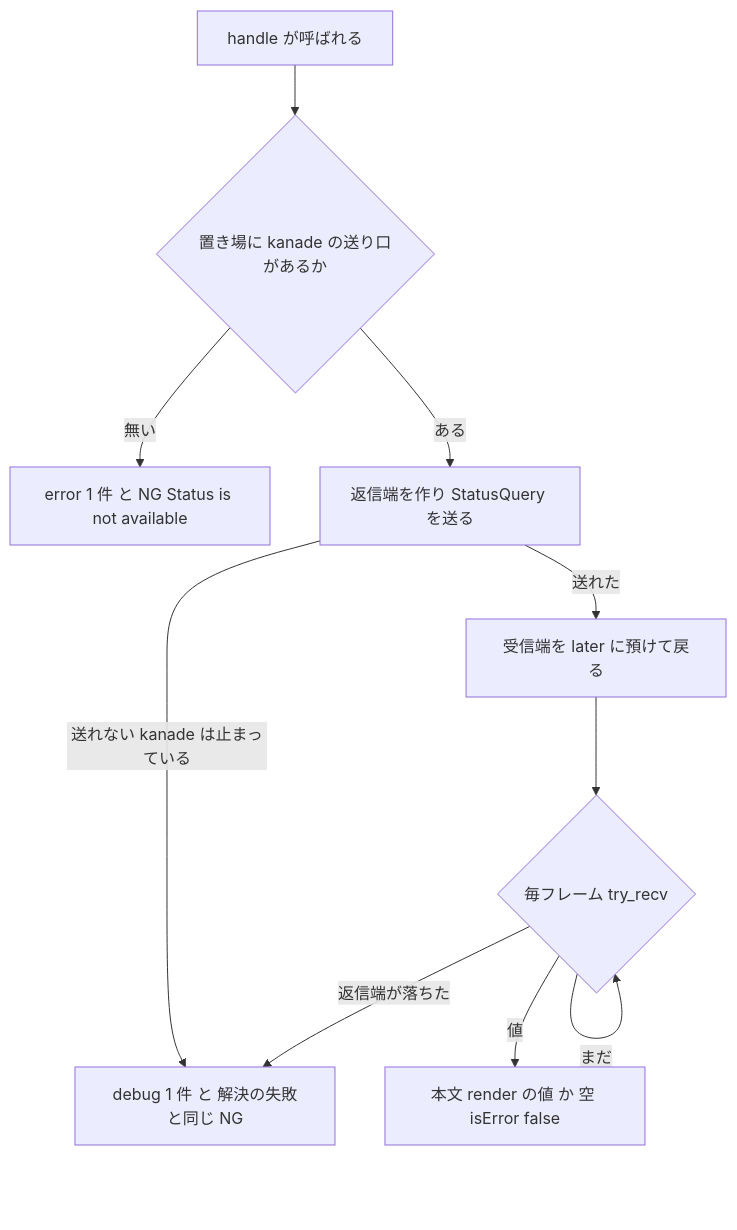
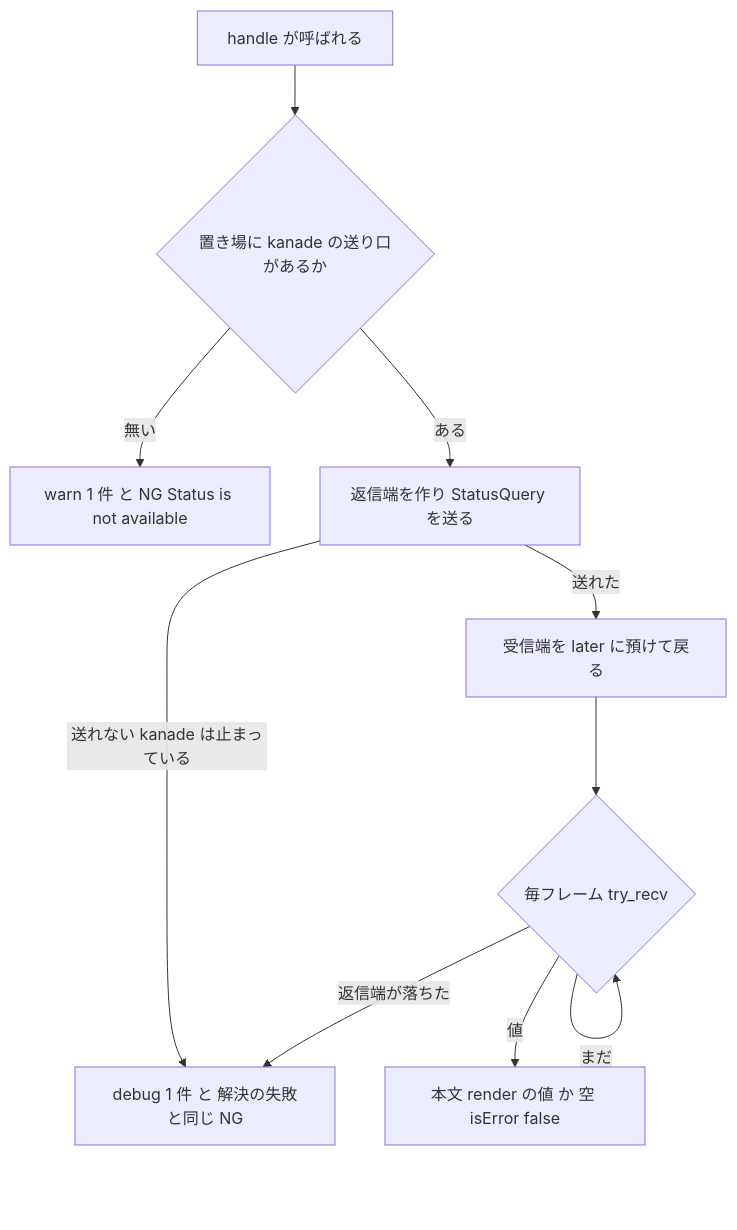
Before and after one commit to ekicyou/areka: the second of 2 diagrams in .kiro/specs/areka-P0-mcp-get-status/design.md, drawn with Mermaid. The commit also changed other lines of this file and 2 other files, not shown here.

First line of the commit message:
docs(areka-P0-mcp-get-status): fix obvious issues in design

````diff
--- a/.kiro/specs/areka-P0-mcp-get-status/design.md
+++ b/.kiro/specs/areka-P0-mcp-get-status/design.md
@@ -153,12 +153,12 @@
 ```mermaid
 flowchart TD
     A[handle が呼ばれる] --> B{置き場に kanade の送り口があるか}
-    B -- 無い --> X[error 1 件 と NG Status is not available]
+    B -- 無い --> X[warn 1 件 と NG Status is not available]
     B -- ある --> C[返信端を作り StatusQuery を送る]
     C -- 送れない kanade は止まっている --> G[debug 1 件 と 解決の失敗と同じ NG]
     C -- 送れた --> D[受信端を later に預けて戻る]
     D --> E{毎フレーム try_recv}
     E -- まだ --> E
     E -- 値 --> F[本文 render の値 か 空 isError false]
     E -- 返信端が落ちた --> G
 ```
````
